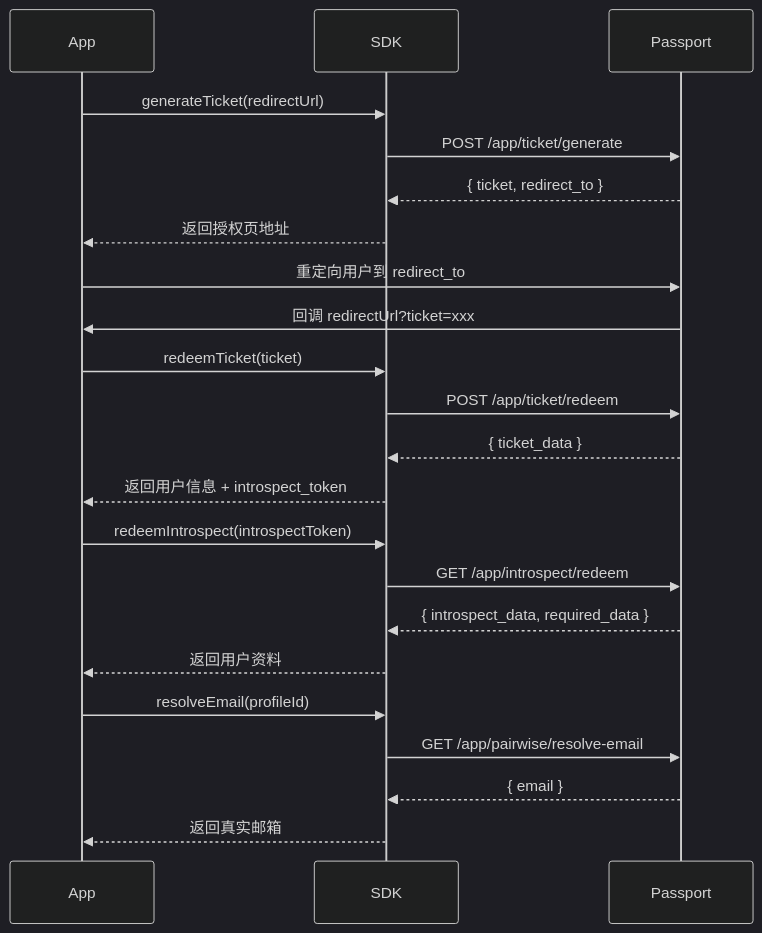
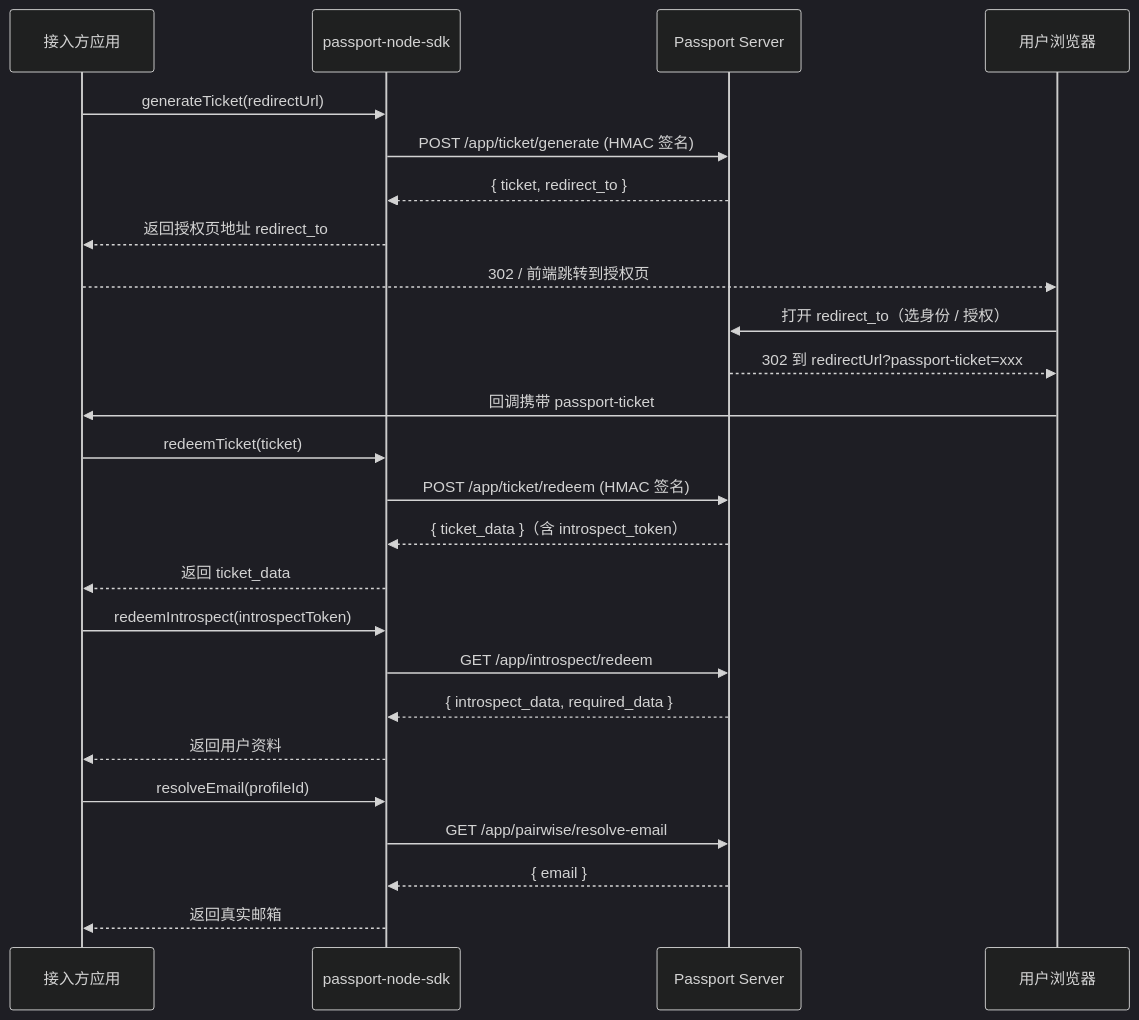
Before and after one commit to MIAOMC-Server/passport-node-sdk: the diagram in README.md, drawn with Mermaid (dark theme). The commit also changed other lines of this file and 1 other file, not shown here.

Commit message:
docs(readme): refresh auth flow and add passport-server version compatibility (#1)
docs(readme): refresh auth flow and add passport-server version compatibility (#1)

````diff
--- a/README.md
+++ b/README.md
@@ -256,25 +256,32 @@
 ```mermaid
 sequenceDiagram
+    participant App as 接入方应用
+    participant SDK as passport-node-sdk
+    participant Passport as Passport Server
+    participant Browser as 用户浏览器
+
     App->>SDK: generateTicket(redirectUrl)
-    SDK->>Passport: POST /app/ticket/generate
+    SDK->>Passport: POST /app/ticket/generate (HMAC 签名)
     Passport-->>SDK: { ticket, redirect_to }
-    SDK-->>App: 返回授权页地址
+    SDK-->>App: 返回授权页地址 redirect_to
 
-    App->>Passport: 重定向用户到 redirect_to
-    Passport->>App: 回调 redirectUrl?ticket=xxx
+    App-->>Browser: 302 / 前端跳转到授权页
+    Browser->>Passport: 打开 redirect_to（选身份 / 授权）
+    Passport-->>Browser: 302 到 redirectUrl?passport-ticket=xxx
+    Browser->>App: 回调携带 passport-ticket
 
     App->>SDK: redeemTicket(ticket)
-    SDK->>Passport: POST /app/ticket/redeem
-    Passport-->>SDK: { ticket_data }
-    SDK-->>App: 返回用户信息 + introspect_token
+    SDK->>Passport: POST /app/ticket/redeem (HMAC 签名)
+    Passport-->>SDK: { ticket_data }（含 introspect_token）
+    SDK-->>App: 返回 ticket_data
 
     App->>SDK: redeemIntrospect(introspectToken)
     SDK->>Passport: GET /app/introspect/redeem
     Passport-->>SDK: { introspect_data, required_data }
     SDK-->>App: 返回用户资料
 
     App->>SDK: resolveEmail(profileId)
     SDK->>Passport: GET /app/pairwise/resolve-email
     Passport-->>SDK: { email }
     SDK-->>App: 返回真实邮箱
 ```
````
